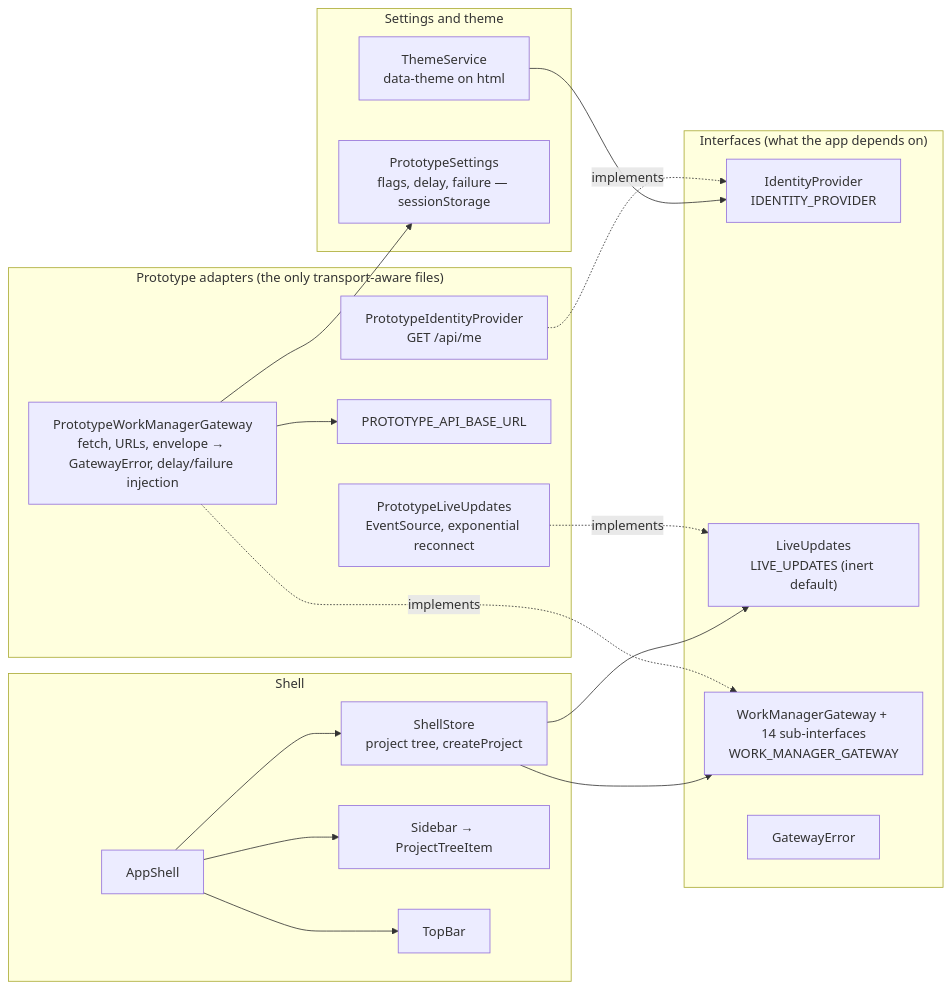
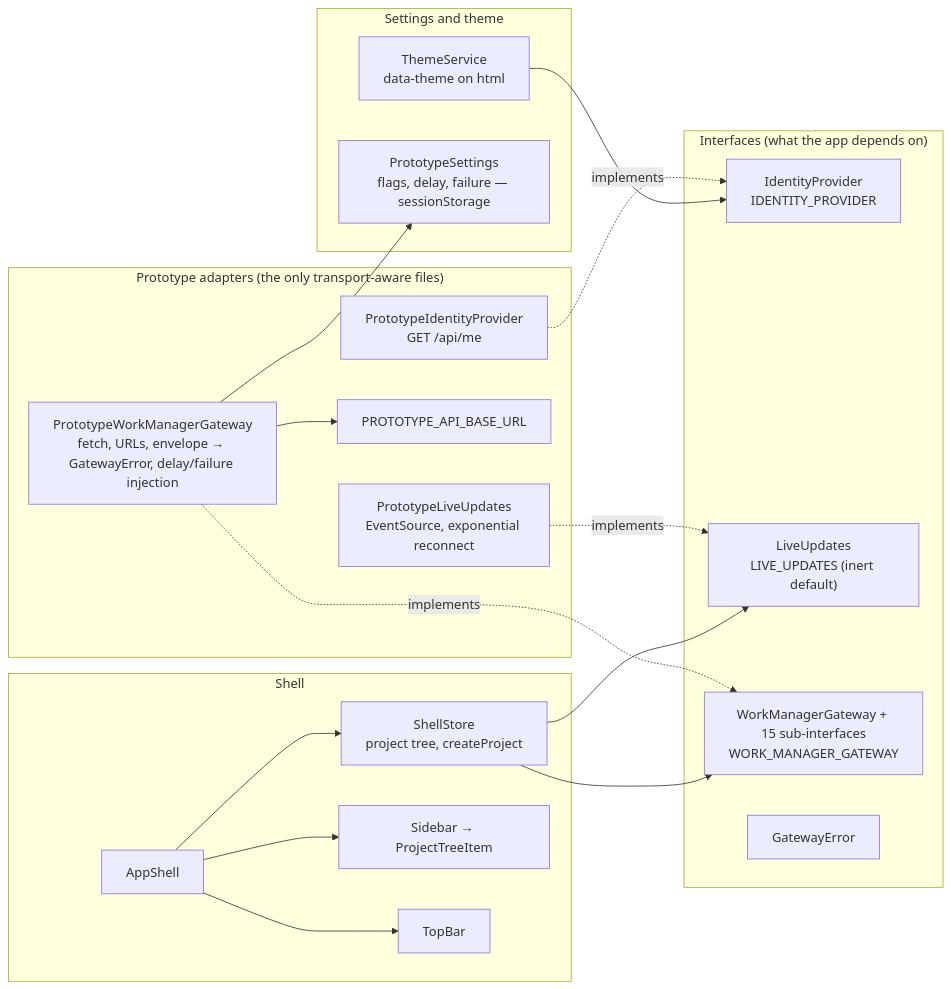
The first of 2 diagrams in docs/architecture/web/core/what.md (CalciteDragon/Canvas-work-manager-prototype), drawn with Mermaid before and after one commit. The commit also changed other lines of this file and 101 other files, not shown here.

````diff
--- a/docs/architecture/web/core/what.md
+++ b/docs/architecture/web/core/what.md
@@ -5,34 +5,34 @@
 ```mermaid
 flowchart LR
   subgraph ports["Interfaces (what the app depends on)"]
     id["IdentityProvider<br/>IDENTITY_PROVIDER"]
     lu["LiveUpdates<br/>LIVE_UPDATES (inert default)"]
-    gw["WorkManagerGateway + 14 sub-interfaces<br/>WORK_MANAGER_GATEWAY"]
+    gw["WorkManagerGateway + 15 sub-interfaces<br/>WORK_MANAGER_GATEWAY"]
     err["GatewayError"]
   end
   subgraph adapters["Prototype adapters (the only transport-aware files)"]
     pid["PrototypeIdentityProvider<br/>GET /api/me"]
     pgw["PrototypeWorkManagerGateway<br/>fetch, URLs, envelope → GatewayError, delay/failure injection"]
     cfg["PROTOTYPE_API_BASE_URL"]
     plu["PrototypeLiveUpdates<br/>EventSource, exponential reconnect"]
   end
   subgraph settings["Settings and theme"]
     th["ThemeService<br/>data-theme on html"]
     ps["PrototypeSettings<br/>flags, delay, failure — sessionStorage"]
   end
   subgraph shell["Shell"]
     as["AppShell"]
     ss["ShellStore<br/>project tree, createProject"]
     sb["Sidebar → ProjectTreeItem"]
     tb["TopBar"]
   end
   pgw -. implements .-> gw
   pid -. implements .-> id
   plu -. implements .-> lu
   pgw --> cfg
   pgw --> ps
   as --> ss --> gw
   ss --> lu
   as --> sb & tb
   th --> id
 ```
````
